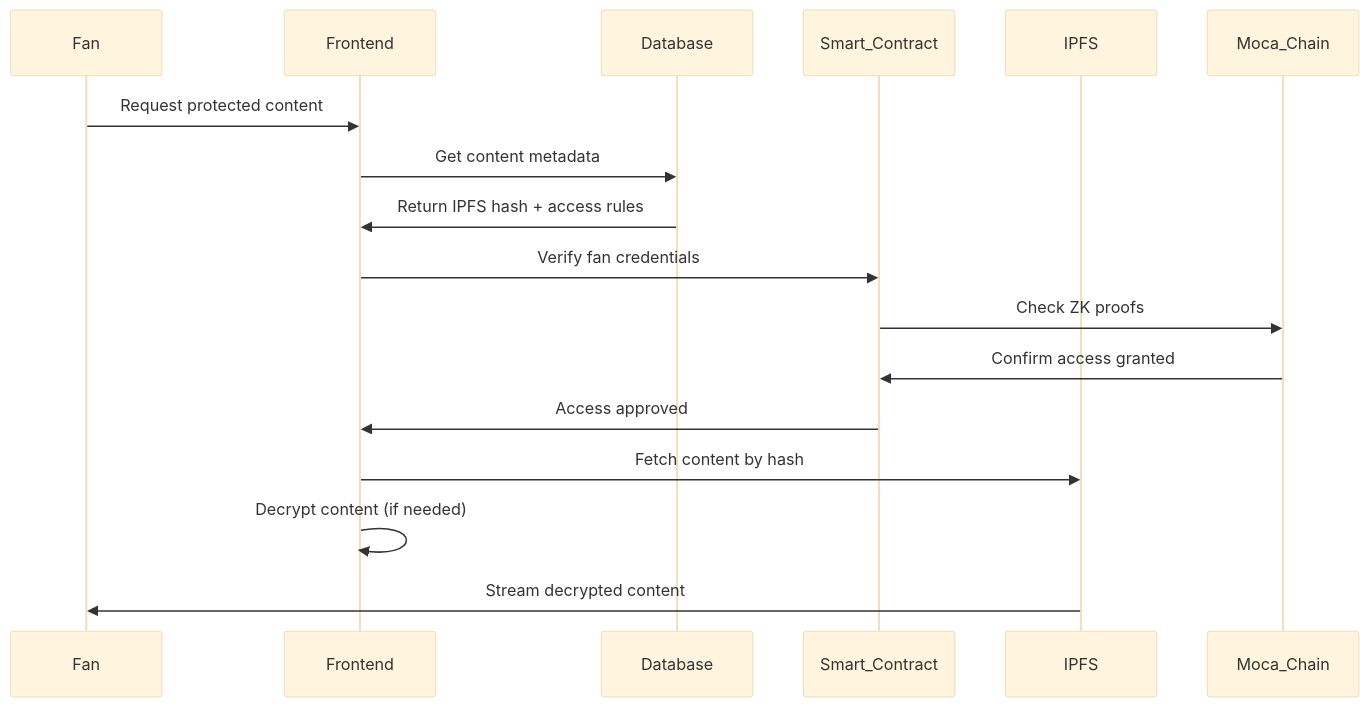
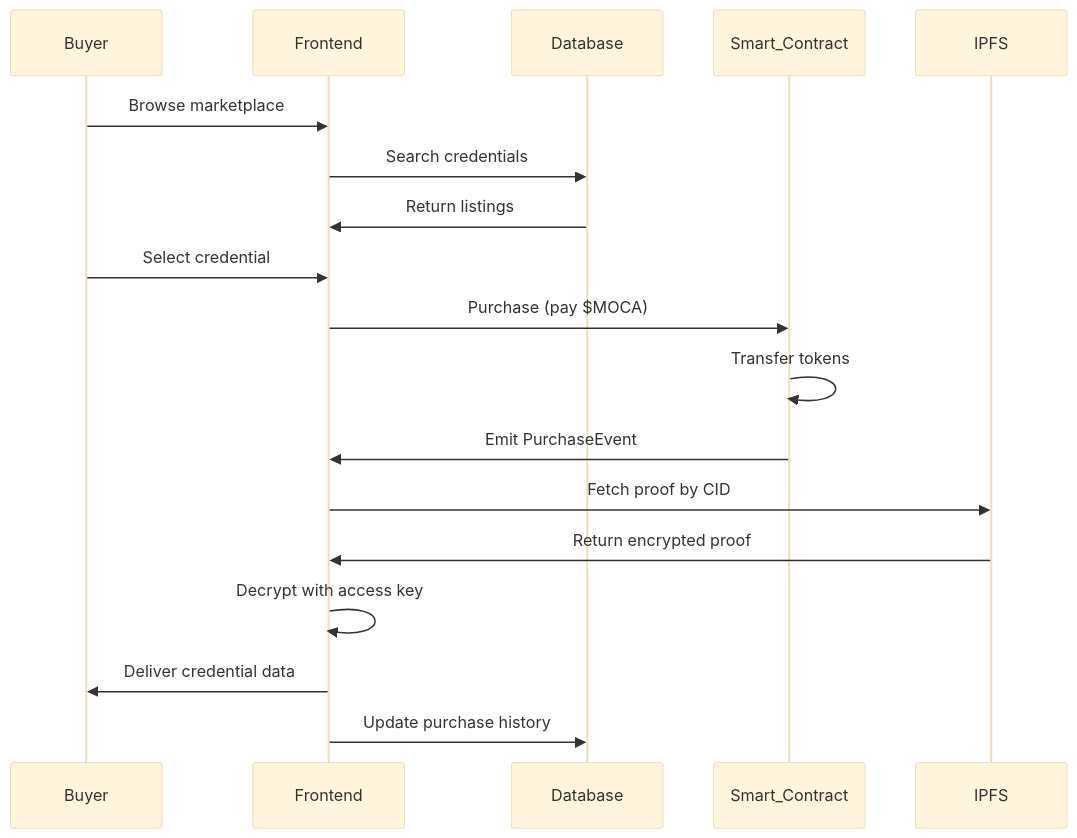
One commit to adetyaz/enclave changed the second of 3 diagrams in docs/storage-plans.md. Above: the diagram before and after it, drawn with Mermaid (base theme). The commit also changed other lines of this file and 14 other files, not shown here.

````diff
--- a/docs/storage-plans.md
+++ b/docs/storage-plans.md
@@ -449,20 +613,21 @@
 ```mermaid
 sequenceDiagram
-    participant Fan
+    participant Buyer
     participant Frontend
     participant Database
     participant Smart_Contract
     participant IPFS
-    participant Moca_Chain
 
-    Fan->>Frontend: Request protected content
-    Frontend->>Database: Get content metadata
-    Database->>Frontend: Return IPFS hash + access rules
-    Frontend->>Smart_Contract: Verify fan credentials
-    Smart_Contract->>Moca_Chain: Check ZK proofs
-    Moca_Chain->>Smart_Contract: Confirm access granted
-    Smart_Contract->>Frontend: Access approved
-    Frontend->>IPFS: Fetch content by hash
-    Frontend->>Frontend: Decrypt content (if needed)
-    IPFS->>Fan: Stream decrypted content
+    Buyer->>Frontend: Browse marketplace
+    Frontend->>Database: Search credentials
+    Database->>Frontend: Return listings
+    Buyer->>Frontend: Select credential
+    Frontend->>Smart_Contract: Purchase (pay $MOCA)
+    Smart_Contract->>Smart_Contract: Transfer tokens
+    Smart_Contract->>Frontend: Emit PurchaseEvent
+    Frontend->>IPFS: Fetch proof by CID
+    IPFS->>Frontend: Return encrypted proof
+    Frontend->>Frontend: Decrypt with access key
+    Frontend->>Buyer: Deliver credential data
+    Frontend->>Database: Update purchase history
 ```
````
